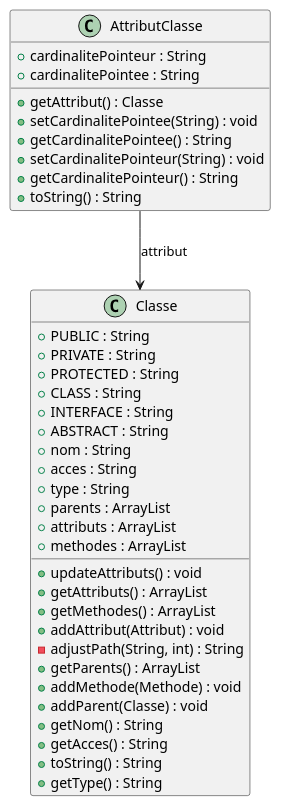
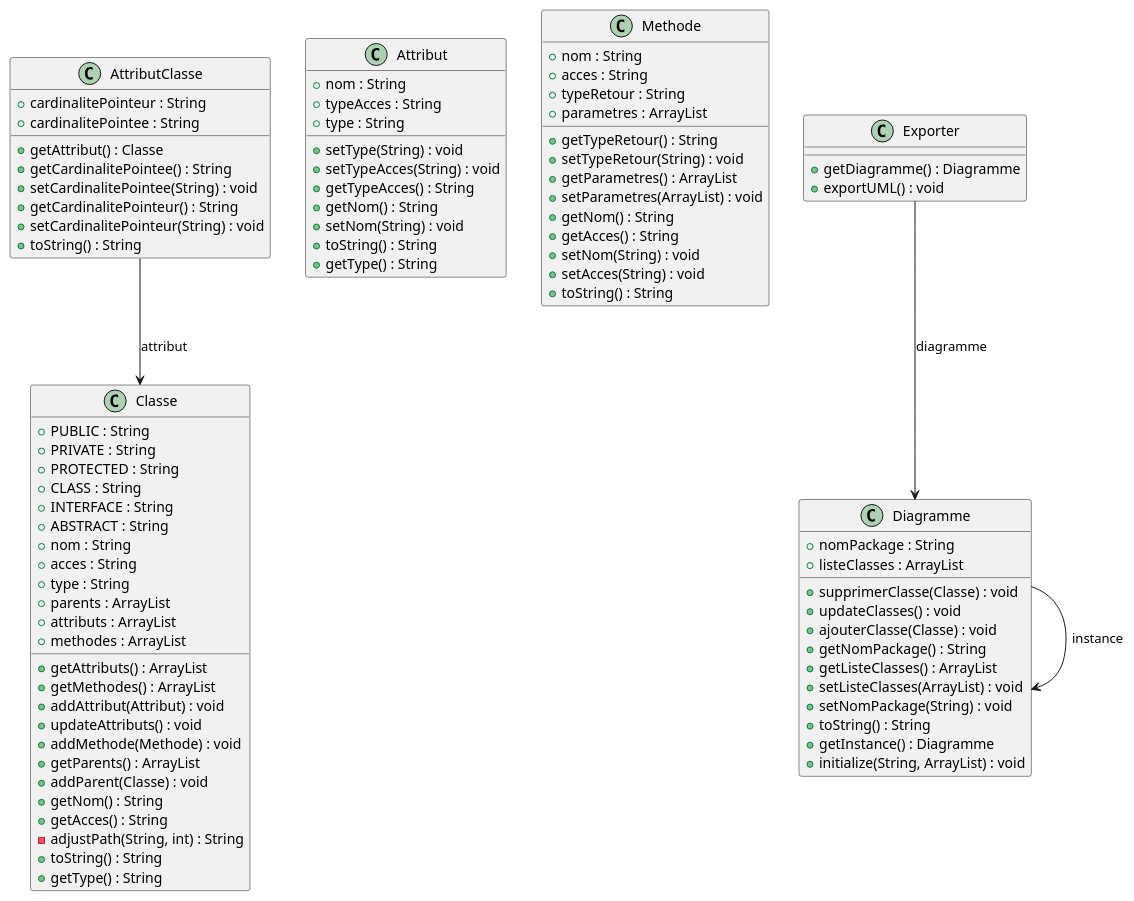
The diagram in diagramme.puml (remi-choffat/S3-01), drawn with PlantUML before and after one commit. The commit also changed 2 other files, not shown here.

Commit message:
Correction problème chargement et erreurs Résolution du problème de chargement infini lors de l'import d'une classe inexistante. Amélioration de la précision et de l'affichage des messages d'erreur.

```diff
--- a/diagramme.puml
+++ b/diagramme.puml
@@ -1,39 +1,86 @@
 @startuml
-class AttributClasse {
-+cardinalitePointeur : String
-+cardinalitePointee : String
-+ getAttribut() : Classe
-+ setCardinalitePointee(String) : void
-+ getCardinalitePointee() : String
-+ setCardinalitePointeur(String) : void
-+ getCardinalitePointeur() : String
-+ toString() : String
-}
-AttributClasse --> Classe : attribut
 class Classe {
 +PUBLIC : String
 +PRIVATE : String
 +PROTECTED : String
 +CLASS : String
 +INTERFACE : String
 +ABSTRACT : String
 +nom : String
 +acces : String
 +type : String
 +parents : ArrayList
 +attributs : ArrayList
 +methodes : ArrayList
-+ updateAttributs() : void
 + getAttributs() : ArrayList
 + getMethodes() : ArrayList
 + addAttribut(Attribut) : void
-- adjustPath(String, int) : String
++ updateAttributs() : void
++ addMethode(Methode) : void
 + getParents() : ArrayList
-+ addMethode(Methode) : void
 + addParent(Classe) : void
 + getNom() : String
 + getAcces() : String
+- adjustPath(String, int) : String
 + toString() : String
 + getType() : String
 }
+class AttributClasse {
++cardinalitePointeur : String
++cardinalitePointee : String
++ getAttribut() : Classe
++ getCardinalitePointee() : String
++ setCardinalitePointee(String) : void
++ getCardinalitePointeur() : String
++ setCardinalitePointeur(String) : void
++ toString() : String
+}
+AttributClasse --> Classe : attribut
+class Attribut {
++nom : String
++typeAcces : String
++type : String
++ setType(String) : void
++ setTypeAcces(String) : void
++ getTypeAcces() : String
++ getNom() : String
++ setNom(String) : void
++ toString() : String
++ getType() : String
+}
+class Methode {
++nom : String
++acces : String
++typeRetour : String
++parametres : ArrayList
++ getTypeRetour() : String
++ setTypeRetour(String) : void
++ getParametres() : ArrayList
++ setParametres(ArrayList) : void
++ getNom() : String
++ getAcces() : String
++ setNom(String) : void
++ setAcces(String) : void
++ toString() : String
+}
+class Diagramme {
++nomPackage : String
++listeClasses : ArrayList
++ supprimerClasse(Classe) : void
++ updateClasses() : void
++ ajouterClasse(Classe) : void
++ getNomPackage() : String
++ getListeClasses() : ArrayList
++ setListeClasses(ArrayList) : void
++ setNomPackage(String) : void
++ toString() : String
++ getInstance() : Diagramme
++ initialize(String, ArrayList) : void
+}
+Diagramme --> Diagramme : instance
+class Exporter {
++ getDiagramme() : Diagramme
++ exportUML() : void
+}
+Exporter --> Diagramme : diagramme
 @enduml
```
